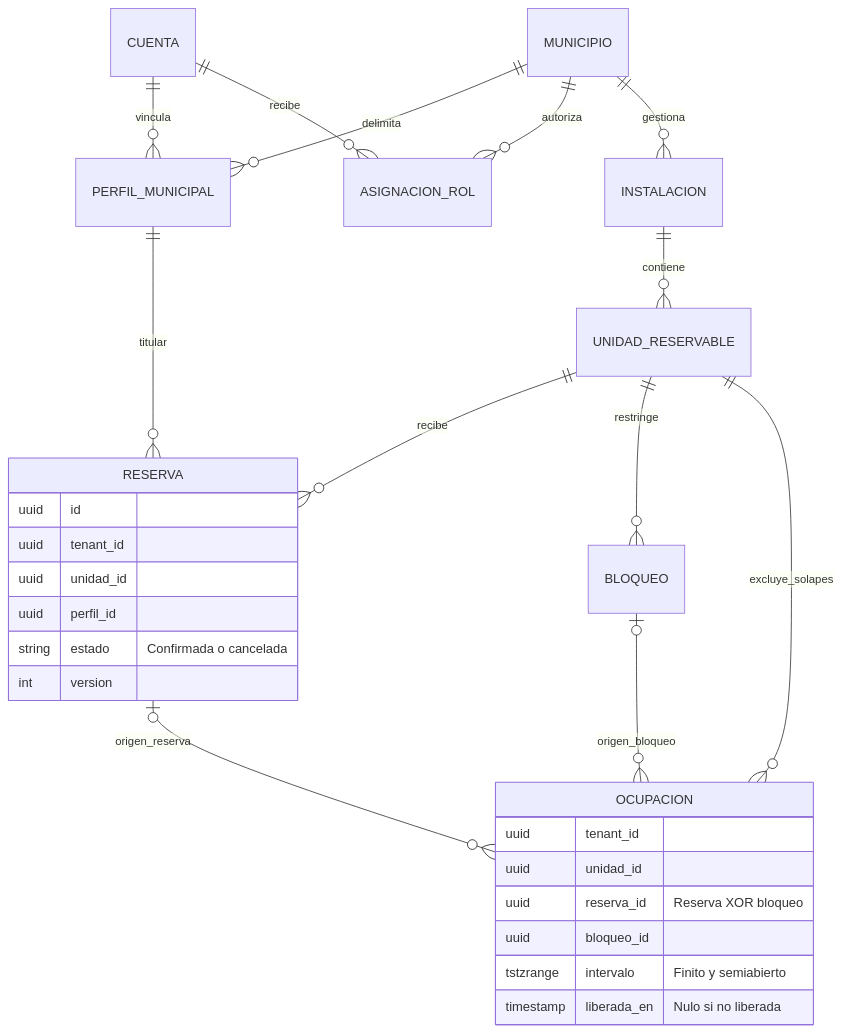
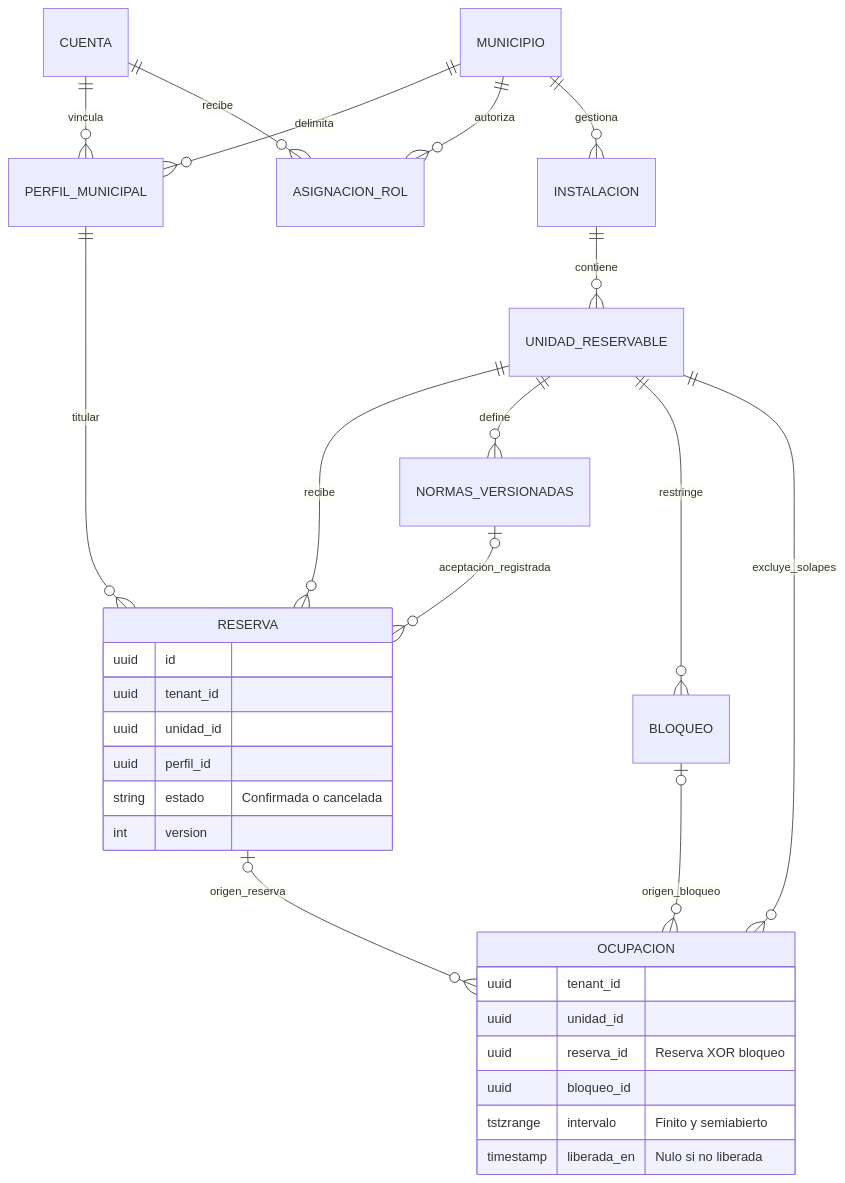
Before and after one commit to alanslzrr/quenda: the first of 2 diagrams in docs/02_modelo_dominio.md, drawn with Mermaid. The commit also changed other lines of this file and 6 other files, not shown here.

````diff
--- a/docs/02_modelo_dominio.md
+++ b/docs/02_modelo_dominio.md
@@ -27,31 +27,33 @@
 ```mermaid
 erDiagram
   CUENTA ||--o{ PERFIL_MUNICIPAL : vincula
   CUENTA ||--o{ ASIGNACION_ROL : recibe
   MUNICIPIO ||--o{ PERFIL_MUNICIPAL : delimita
   MUNICIPIO ||--o{ ASIGNACION_ROL : autoriza
   MUNICIPIO ||--o{ INSTALACION : gestiona
   INSTALACION ||--o{ UNIDAD_RESERVABLE : contiene
   UNIDAD_RESERVABLE ||--o{ RESERVA : recibe
+  UNIDAD_RESERVABLE ||--o{ NORMAS_VERSIONADAS : define
+  NORMAS_VERSIONADAS o|--o{ RESERVA : aceptacion_registrada
   UNIDAD_RESERVABLE ||--o{ BLOQUEO : restringe
   PERFIL_MUNICIPAL ||--o{ RESERVA : titular
   RESERVA o|--o{ OCUPACION : origen_reserva
   BLOQUEO o|--o{ OCUPACION : origen_bloqueo
   UNIDAD_RESERVABLE ||--o{ OCUPACION : excluye_solapes
   RESERVA {
     uuid id
     uuid tenant_id
     uuid unidad_id
     uuid perfil_id
     string estado "Confirmada o cancelada"
     int version
   }
   OCUPACION {
     uuid tenant_id
     uuid unidad_id
     uuid reserva_id "Reserva XOR bloqueo"
     uuid bloqueo_id
     tstzrange intervalo "Finito y semiabierto"
     timestamp liberada_en "Nulo si no liberada"
   }
 ```
````
